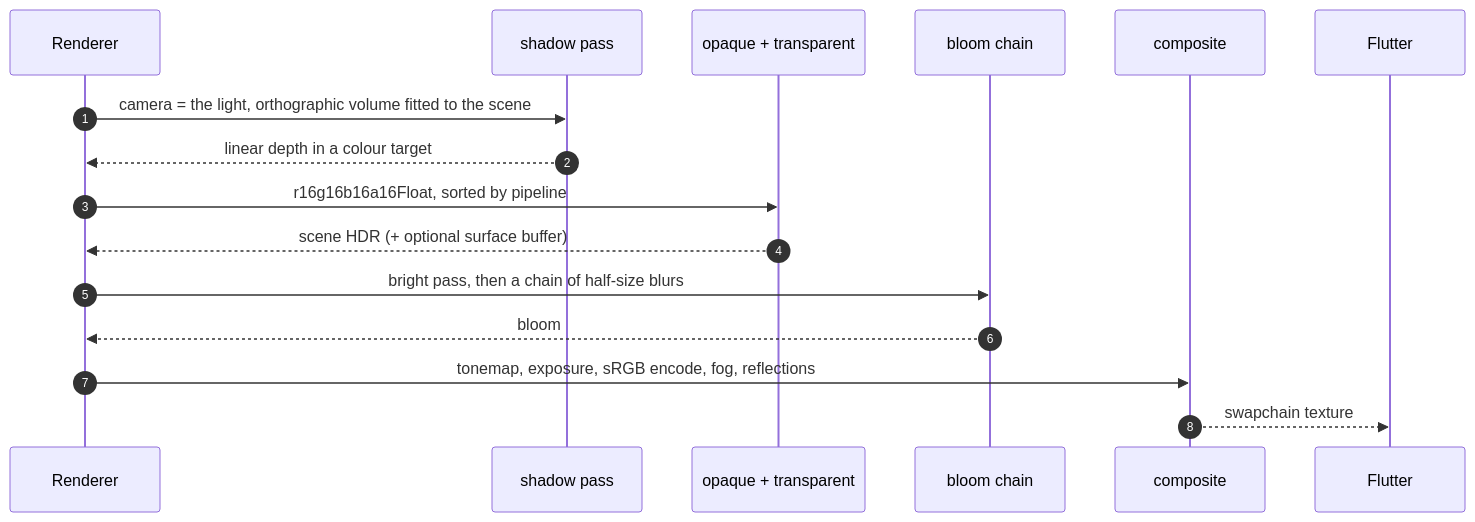
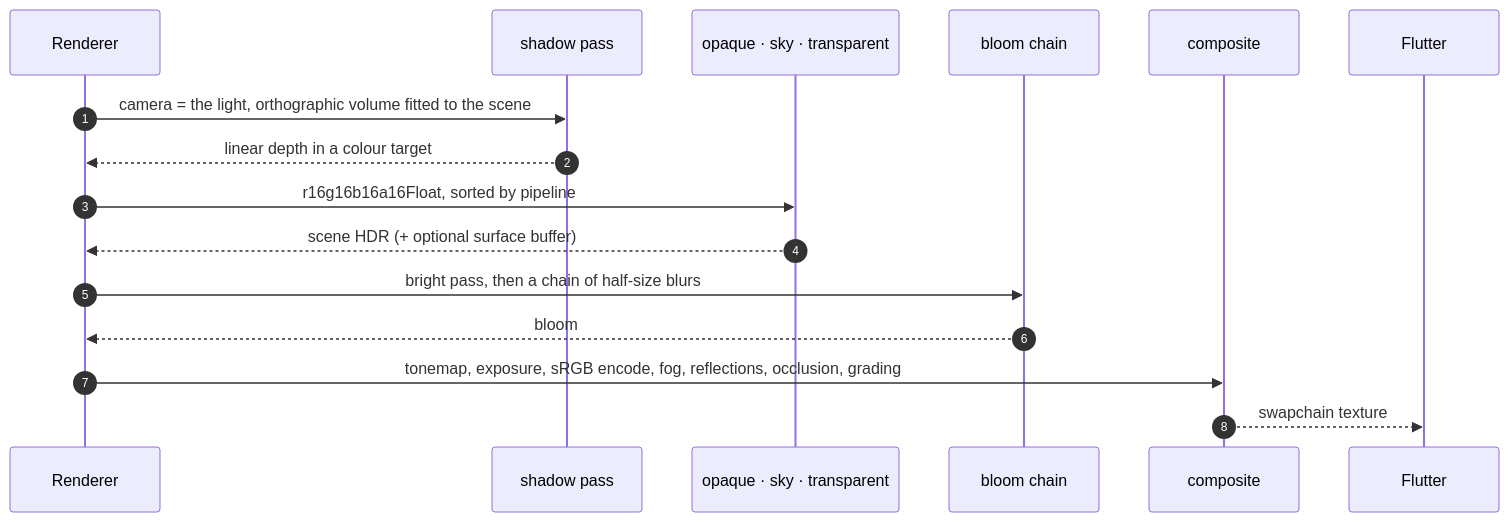
One commit to pleiondev/flutter3d changed the first of 2 diagrams in site/content/core/rendering.md. Above: the diagram before and after it, drawn with Mermaid. The commit also changed other lines of this file and 54 other files, not shown here.

````diff
--- a/site/content/core/rendering.md
+++ b/site/content/core/rendering.md
@@ -29,19 +29,19 @@
 ```mermaid
 sequenceDiagram
     autonumber
     participant R as Renderer
     participant S as shadow pass
-    participant O as opaque + transparent
+    participant O as opaque · sky · transparent
     participant B as bloom chain
     participant C as composite
     participant F as Flutter
 
     R->>S: camera = the light, orthographic volume fitted to the scene
     S-->>R: linear depth in a colour target
     R->>O: r16g16b16a16Float, sorted by pipeline
     O-->>R: scene HDR (+ optional surface buffer)
     R->>B: bright pass, then a chain of half-size blurs
     B-->>R: bloom
-    R->>C: tonemap, exposure, sRGB encode, fog, reflections
+    R->>C: tonemap, exposure, sRGB encode, fog, reflections, occlusion, grading
     C-->>F: swapchain texture
 ```
````
